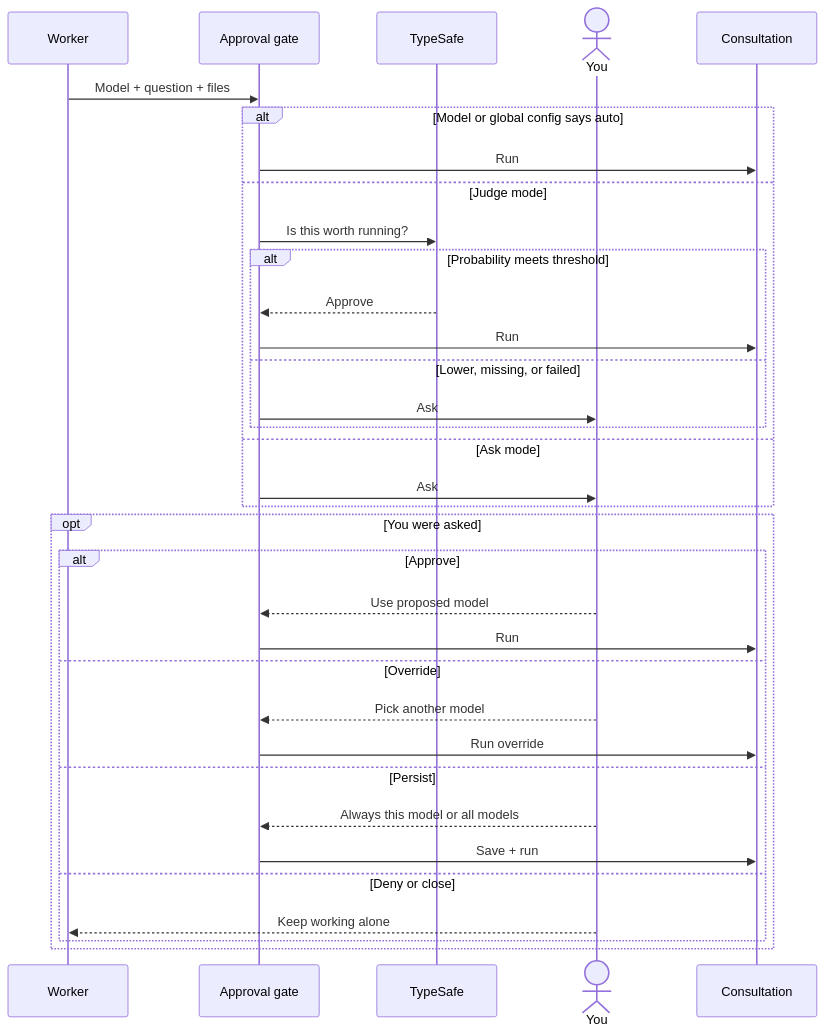
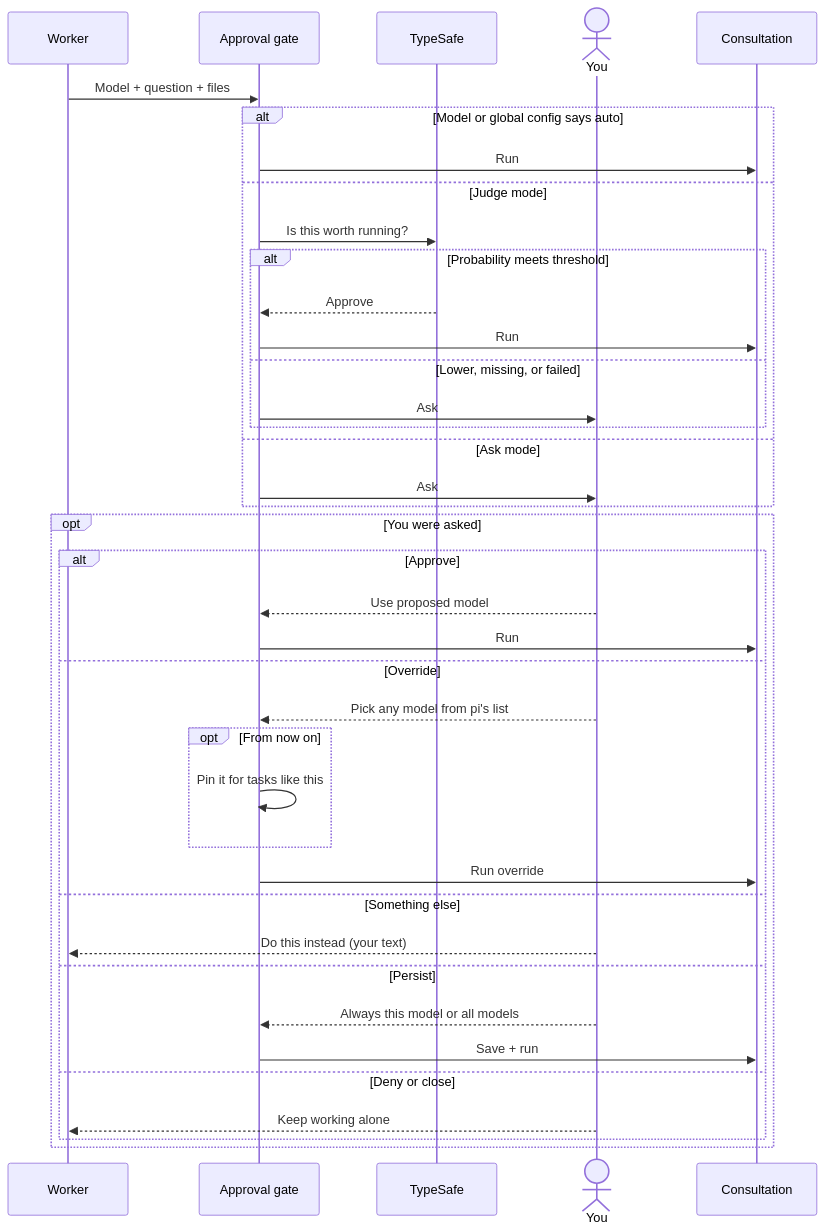
One commit to geocine/geocine-pi changed the first of 2 diagrams in docs/consultation-approval.md. Above: the diagram before and after it, drawn with Mermaid. The commit also changed other lines of this file and 4 other files, not shown here.

Commit message:
feat(advisor): pick any pi model at consult approval, pin picks per task, add something-else option

````diff
--- a/docs/consultation-approval.md
+++ b/docs/consultation-approval.md
@@ -10,39 +10,44 @@
 ```mermaid
 sequenceDiagram
     participant W as Worker
     participant G as Approval gate
     participant J as TypeSafe
     actor U as You
     participant C as Consultation
 
     W->>G: Model + question + files
 
     alt Model or global config says auto
         G->>C: Run
     else Judge mode
         G->>J: Is this worth running?
         alt Probability meets threshold
             J-->>G: Approve
             G->>C: Run
         else Lower, missing, or failed
             G->>U: Ask
         end
     else Ask mode
         G->>U: Ask
     end
 
     opt You were asked
         alt Approve
             U-->>G: Use proposed model
             G->>C: Run
         else Override
-            U-->>G: Pick another model
+            U-->>G: Pick any model from pi's list
+            opt From now on
+                G->>G: Pin it for tasks like this
+            end
             G->>C: Run override
+        else Something else
+            U-->>W: Do this instead (your text)
         else Persist
             U-->>G: Always this model or all models
             G->>C: Save + run
         else Deny or close
             U-->>W: Keep working alone
         end
     end
 ```
````
